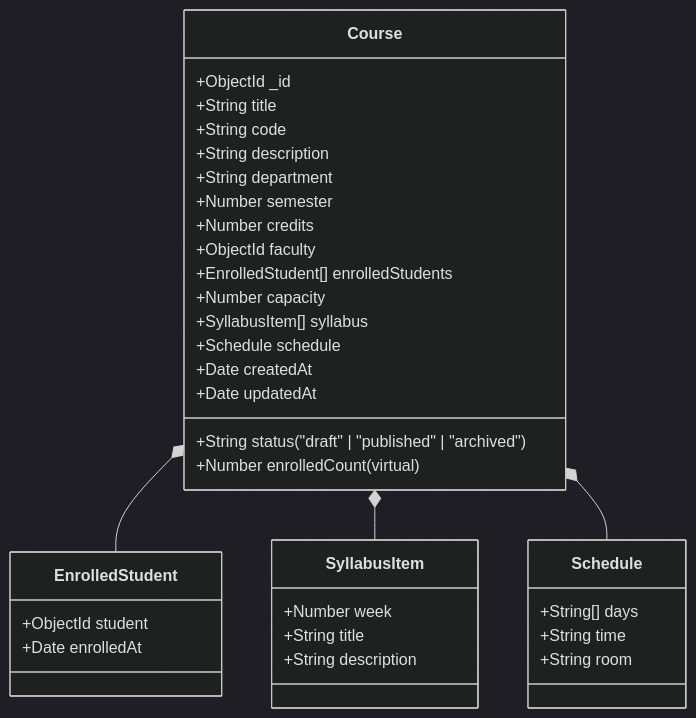
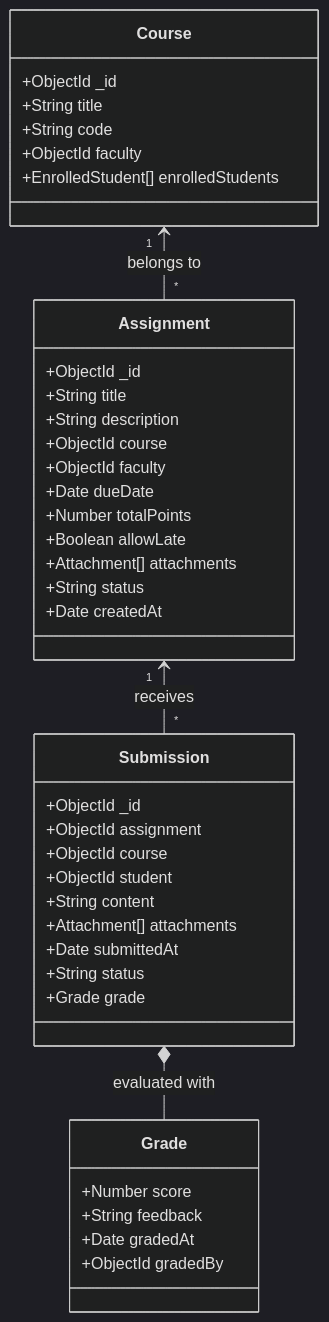
The fifth of 5 diagrams in docs/architecture.md (kubervaidya24-max/CAMPUSFLOW), drawn with Mermaid (dark theme) before and after one commit. The commit also changed other lines of this file and 19 other files, not shown here.

Commit message:
feat: implement assignment submission and grading system

````diff
--- a/docs/architecture.md
+++ b/docs/architecture.md
@@ -93,42 +122,47 @@
 ```mermaid
 classDiagram
     class Course {
         +ObjectId _id
         +String title
         +String code
-        +String description
-        +String department
-        +Number semester
-        +Number credits
         +ObjectId faculty
         +EnrolledStudent[] enrolledStudents
-        +Number capacity
-        +String status ("draft" | "published" | "archived")
-        +SyllabusItem[] syllabus
-        +Schedule schedule
-        +Number enrolledCount (virtual)
-        +Date createdAt
-        +Date updatedAt
     }
 
-    class EnrolledStudent {
-        +ObjectId student
-        +Date enrolledAt
+    class Assignment {
+        +ObjectId _id
+        +String title
+        +String description
+        +ObjectId course
+        +ObjectId faculty
+        +Date dueDate
+        +Number totalPoints
+        +Boolean allowLate
+        +Attachment[] attachments
+        +String status
+        +Date createdAt
     }
 
-    class SyllabusItem {
-        +Number week
-        +String title
-        +String description
+    class Submission {
+        +ObjectId _id
+        +ObjectId assignment
+        +ObjectId course
+        +ObjectId student
+        +String content
+        +Attachment[] attachments
+        +Date submittedAt
+        +String status
+        +Grade grade
     }
 
-    class Schedule {
-        +String[] days
-        +String time
-        +String room
+    class Grade {
+        +Number score
+        +String feedback
+        +Date gradedAt
+        +ObjectId gradedBy
     }
 
-    Course *-- EnrolledStudent
-    Course *-- SyllabusItem
-    Course *-- Schedule
+    Course "1" <-- "*" Assignment : belongs to
+    Assignment "1" <-- "*" Submission : receives
+    Submission *-- Grade : evaluated with
 ```
````
